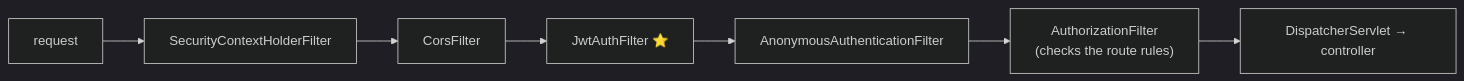
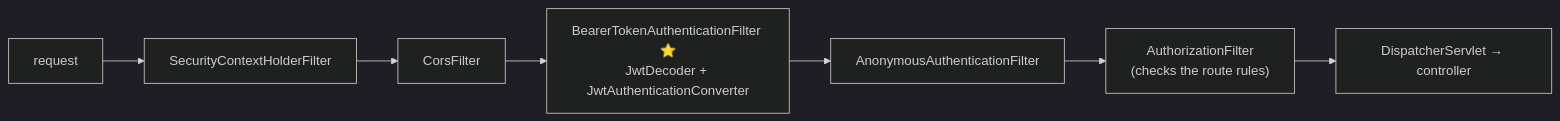
One commit to Umex10/authkit changed the second of 7 diagrams in docs/BACKEND_FLOW.md. Above: the diagram before and after it, drawn with Mermaid (dark theme). The commit also changed other lines of this file and 4 other files, not shown here.

First line of the commit message:
docs: describe the RS256 resource-server flow and the current tests

````diff
--- a/docs/BACKEND_FLOW.md
+++ b/docs/BACKEND_FLOW.md
@@ -83,9 +105,9 @@
 ```mermaid
 flowchart LR
     R["request"] --> SCHF["SecurityContextHolderFilter"]
     SCHF --> CORS["CorsFilter"]
-    CORS --> JAF["JwtAuthFilter ⭐"]
-    JAF --> AAF["AnonymousAuthenticationFilter"]
+    CORS --> BTAF["BearerTokenAuthenticationFilter ⭐<br/>JwtDecoder + JwtAuthenticationConverter"]
+    BTAF --> AAF["AnonymousAuthenticationFilter"]
     AAF --> AZF["AuthorizationFilter<br/>(checks the route rules)"]
     AZF --> DS["DispatcherServlet → controller"]
 ```
````
